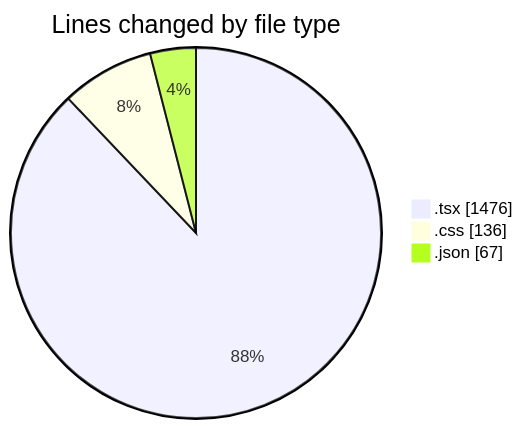
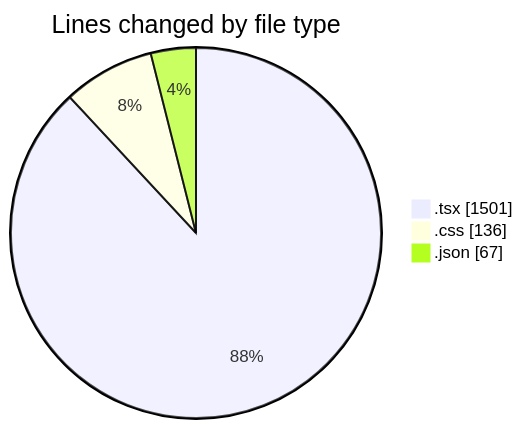
The first of 2 diagrams in 2025-01-08/mbc-web/README.md (robertbonfada/code-tracking), drawn with Mermaid before and after one commit. The commit also changed other lines of this file and 1 other file, not shown here.

````diff
--- a/2025-01-08/mbc-web/README.md
+++ b/2025-01-08/mbc-web/README.md
@@ -34,7 +34,7 @@
 ```mermaid
 pie showData
 title Lines changed by file type
-".tsx" : 1476
+".tsx" : 1501
 ".css" : 136
 ".json" : 67
 ```
````
